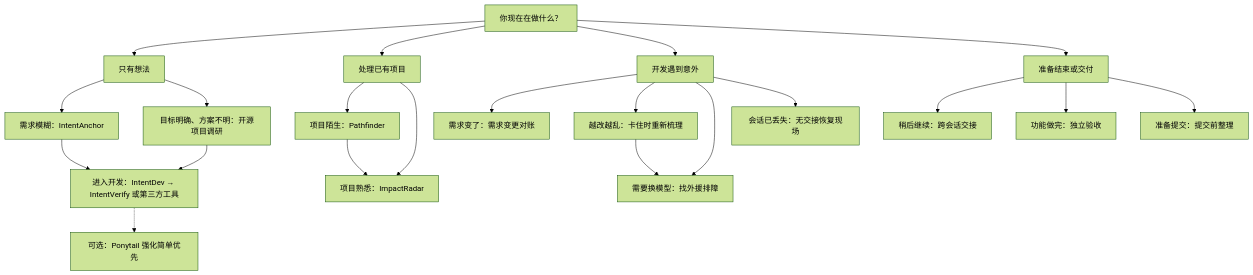
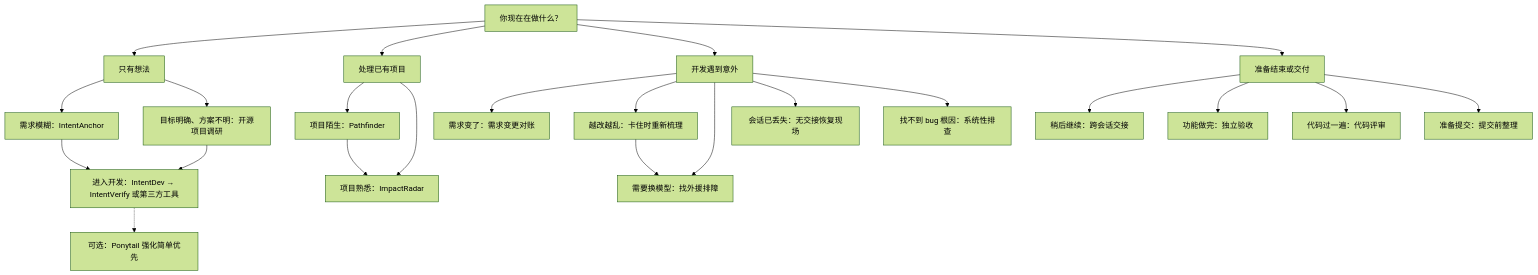
Before and after one commit to betterblueblue/blue-skillhub: the diagram in README.md, drawn with Mermaid (forest theme). The commit also changed other lines of this file, not shown here.

````diff
--- a/README.md
+++ b/README.md
@@ -11,27 +11,29 @@
 ```mermaid
 flowchart TD
     A["你现在在做什么？"] --> B["只有想法"]
     A --> C["处理已有项目"]
     A --> D["开发遇到意外"]
     A --> E["准备结束或交付"]
 
     B --> B1["需求模糊：IntentAnchor"]
     B --> B2["目标明确、方案不明：开源项目调研"]
     B1 --> B3["进入开发：IntentDev → IntentVerify 或第三方工具"]
     B2 --> B3
     B3 -.-> B4["可选：Ponytail 强化简单优先"]
 
     C --> C1["项目陌生：Pathfinder"]
     C --> C2["项目熟悉：ImpactRadar"]
     C1 --> C2
 
     D --> D1["需求变了：需求变更对账"]
     D --> D2["越改越乱：卡住时重新梳理"]
     D --> D3["需要换模型：找外援排障"]
     D --> D4["会话已丢失：无交接恢复现场"]
+    D --> D5["找不到 bug 根因：系统性排查"]
     D2 --> D3
 
     E --> E1["稍后继续：跨会话交接"]
     E --> E2["功能做完：独立验收"]
-    E --> E3["准备提交：提交前整理"]
+    E --> E3["代码过一遍：代码评审"]
+    E --> E4["准备提交：提交前整理"]
 ```
````
